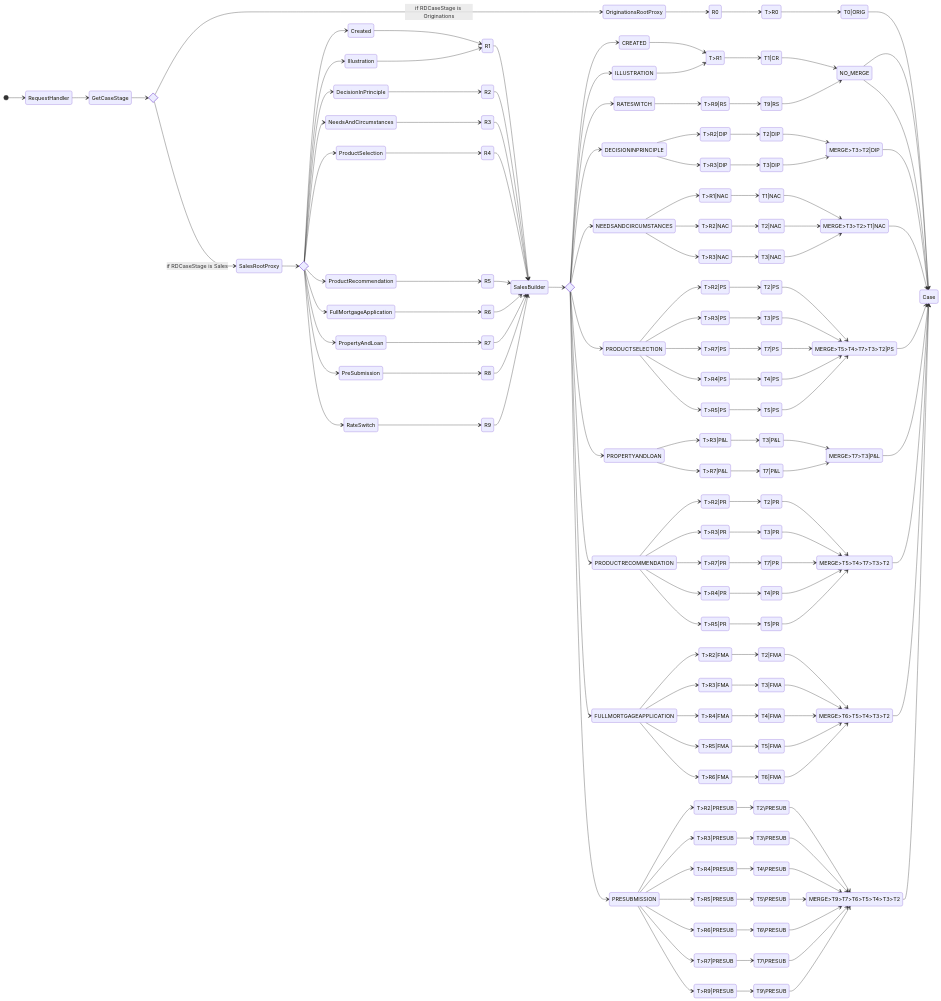
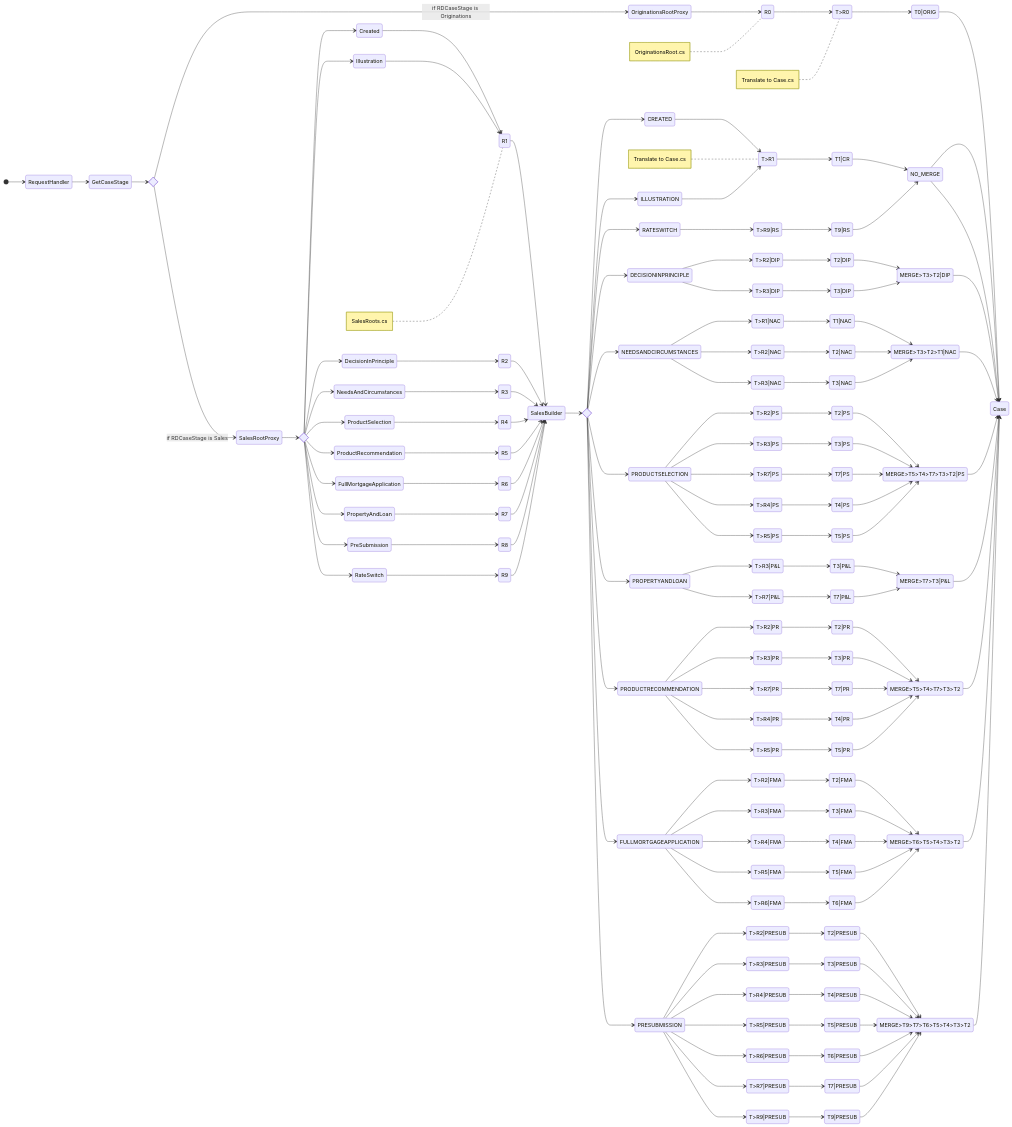
The diagram in README.md (elliotregan/markdown-test), drawn with Mermaid before and after one commit.

````diff
--- a/README.md
+++ b/README.md
@@ -9,7 +9,18 @@
     sales_or_originations --> SalesRootProxy: if RDCaseStage is Sales
     sales_or_originations --> OriginationsRootProxy: if RDCaseStage is Originations
     OriginationsRootProxy --> R0
+
+    note left of R0
+        OriginationsRoot.cs
+    end note 
+
+    
     R0 --> T>R0
+
+    note left of T>R0
+        Translate to Case.cs
+    end note 
+
     T>R0 --> T0|ORIG
     T0|ORIG --> Case
     state sales_stage <<choice>>
@@ -43,6 +54,9 @@
     R7 --> SalesBuilder
     R8 --> SalesBuilder
     R9 --> SalesBuilder
+    note left of R1
+        SalesRoots.cs
+    end note
     state sales_stage2 <<choice>>
     SalesBuilder --> sales_stage2
     sales_stage2 --> CREATED
@@ -56,8 +70,12 @@
     sales_stage2 --> PRESUBMISSION
     sales_stage2 --> RATESWITCH
 
-    %% CREATED/ILLUSTRATION
+    %% CREATED/ILLUSTRATION    
     CREATED --> T>R1
+
+    note left of T>R1
+        Translate to Case.cs
+    end note 
     ILLUSTRATION --> T>R1
     T>R1 --> T1|CR
     T1|CR --> NO_MERGE
@@ -161,20 +179,20 @@
     PRESUBMISSION --> T>R6|PRESUB
     PRESUBMISSION --> T>R7|PRESUB
     PRESUBMISSION --> T>R9|PRESUB
-    T>R2|PRESUB --> T2\PRESUB
-    T>R3|PRESUB --> T3\PRESUB
-    T>R4|PRESUB --> T4\PRESUB
-    T>R5|PRESUB --> T5\PRESUB
-    T>R6|PRESUB --> T6\PRESUB
-    T>R7|PRESUB --> T7\PRESUB
-    T>R9|PRESUB --> T9\PRESUB
-    T2\PRESUB --> MERGE>T9>T7>T6>T5>T4>T3>T2
-    T3\PRESUB --> MERGE>T9>T7>T6>T5>T4>T3>T2
-    T4\PRESUB --> MERGE>T9>T7>T6>T5>T4>T3>T2
-    T5\PRESUB --> MERGE>T9>T7>T6>T5>T4>T3>T2
-    T6\PRESUB --> MERGE>T9>T7>T6>T5>T4>T3>T2
-    T7\PRESUB --> MERGE>T9>T7>T6>T5>T4>T3>T2
-    T9\PRESUB --> MERGE>T9>T7>T6>T5>T4>T3>T2
-    MERGE>T9>T7>T6>T5>T4>T3>T2 --> Case   
+    T>R2|PRESUB --> T2|PRESUB
+    T>R3|PRESUB --> T3|PRESUB
+    T>R4|PRESUB --> T4|PRESUB
+    T>R5|PRESUB --> T5|PRESUB
+    T>R6|PRESUB --> T6|PRESUB
+    T>R7|PRESUB --> T7|PRESUB
+    T>R9|PRESUB --> T9|PRESUB
+    T2|PRESUB --> MERGE>T9>T7>T6>T5>T4>T3>T2
+    T3|PRESUB --> MERGE>T9>T7>T6>T5>T4>T3>T2
+    T4|PRESUB --> MERGE>T9>T7>T6>T5>T4>T3>T2
+    T5|PRESUB --> MERGE>T9>T7>T6>T5>T4>T3>T2
+    T6|PRESUB --> MERGE>T9>T7>T6>T5>T4>T3>T2
+    T7|PRESUB --> MERGE>T9>T7>T6>T5>T4>T3>T2
+    T9|PRESUB --> MERGE>T9>T7>T6>T5>T4>T3>T2
+    MERGE>T9>T7>T6>T5>T4>T3>T2 --> Case  
     
 ```
````
